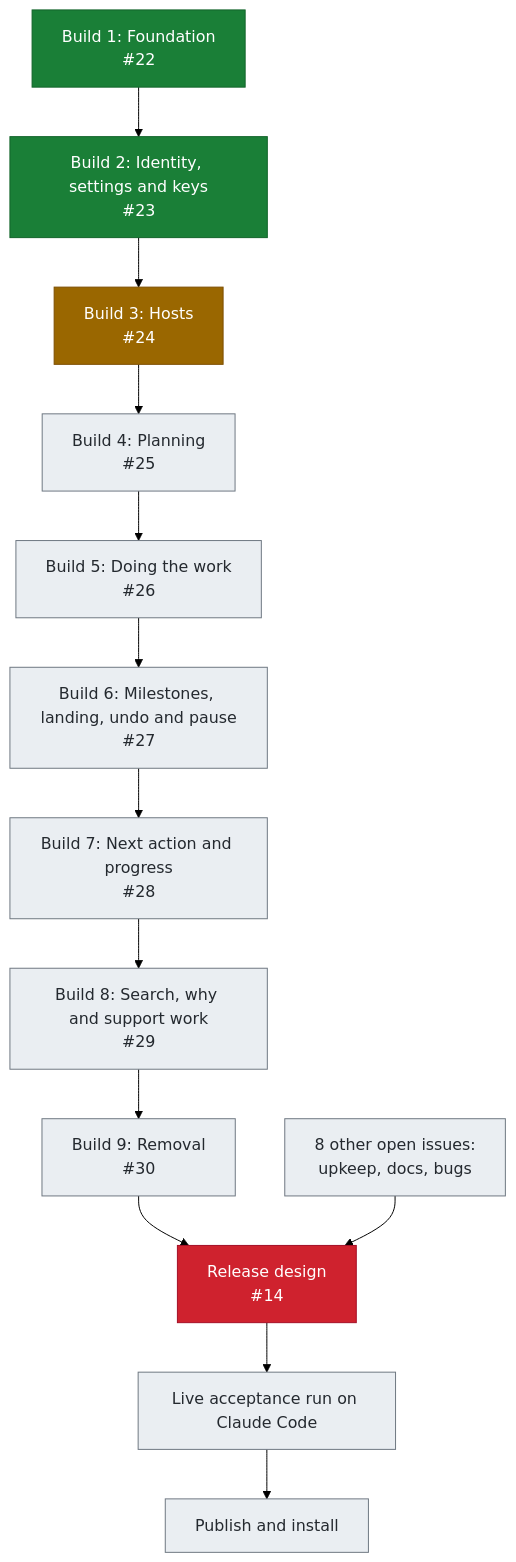
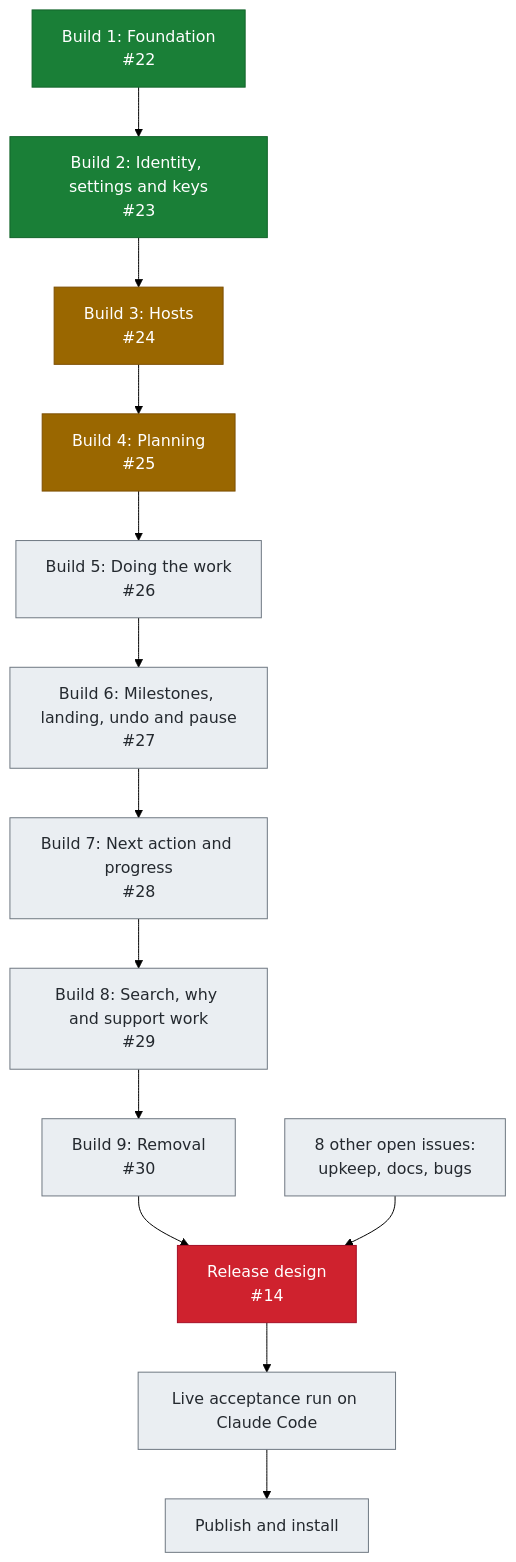
Before and after one commit to crenshawdev/baley: the first of 5 diagrams in docs/roadmap.md, drawn with Mermaid (forest theme). The commit also changed other lines of this file, not shown here.

First line of the commit message:
docs(roadmap): show build 4's tasks on the roadmap with t1 in progress

````diff
--- a/docs/roadmap.md
+++ b/docs/roadmap.md
@@ -9,30 +9,30 @@
 ```mermaid
 flowchart TB
     B1["Build 1: Foundation<br/>#22"]
     B2["Build 2: Identity, settings and keys<br/>#23"]
     B3["Build 3: Hosts<br/>#24"]
     B4["Build 4: Planning<br/>#25"]
     B5["Build 5: Doing the work<br/>#26"]
     B6["Build 6: Milestones, landing, undo and pause<br/>#27"]
     B7["Build 7: Next action and progress<br/>#28"]
     B8["Build 8: Search, why and support work<br/>#29"]
     B9["Build 9: Removal<br/>#30"]
     OTHER["8 other open issues:<br/>upkeep, docs, bugs"]
     R1["Release design<br/>#14"]
     R2["Live acceptance run on Claude Code"]
     R3["Publish and install"]
 
     B1 --> B2 --> B3 --> B4 --> B5 --> B6 --> B7 --> B8 --> B9 --> R1 --> R2 --> R3
     OTHER --> R1
 
     classDef done fill:#1a7f37,stroke:#116329,color:#ffffff
     classDef progress fill:#9a6700,stroke:#7d4e00,color:#ffffff
     classDef next fill:#fff8c5,stroke:#9a6700,stroke-width:3px,color:#3b2300
     classDef blocked fill:#cf222e,stroke:#a40e26,color:#ffffff
     classDef planned fill:#eaeef2,stroke:#6e7781,color:#24292f
 
     class B1,B2 done
-    class B3 progress
+    class B3,B4 progress
     class R1 blocked
-    class B4,B5,B6,B7,B8,B9,OTHER,R2,R3 planned
+    class B5,B6,B7,B8,B9,OTHER,R2,R3 planned
 ```
````
